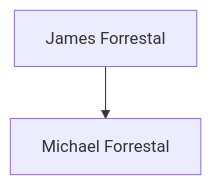
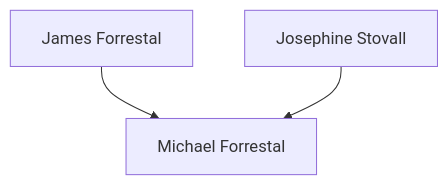
The diagram in docs/people/forrestal_james.md (Black-Star-Institute/blackstar.github.io), drawn with Mermaid before and after one commit.

````diff
--- a/docs/people/forrestal_james.md
+++ b/docs/people/forrestal_james.md
@@ -13,4 +13,5 @@
 ```mermaid
 graph TD;
   james[James Forrestal] --> michael[Michael Forrestal]
+  josephine[Josephine Stovall] --> michael
 ```
````
